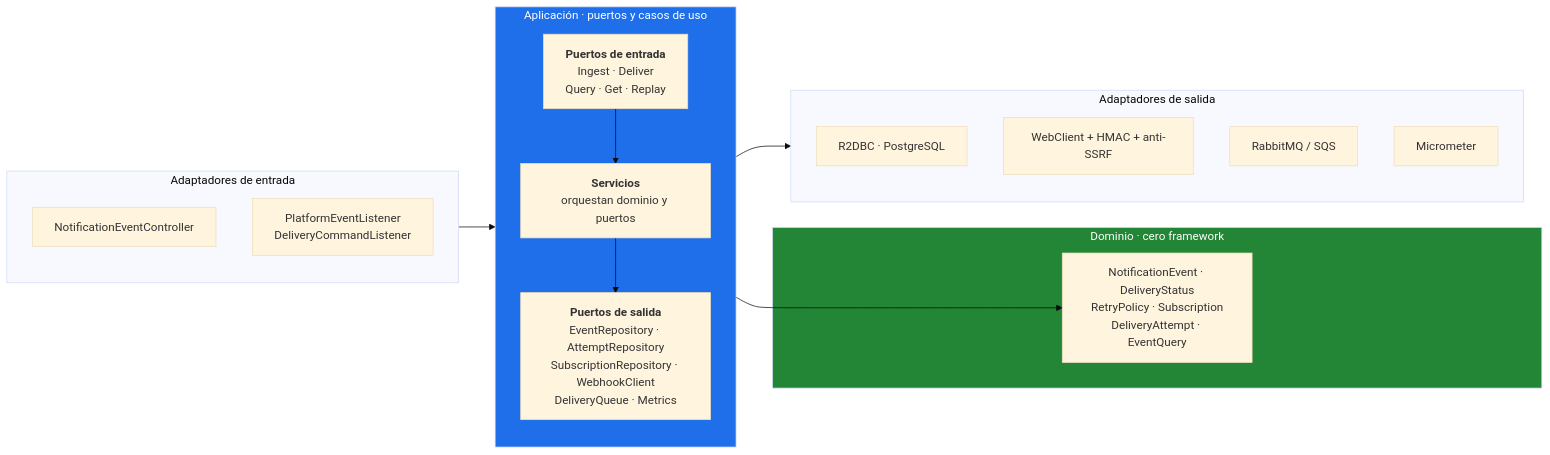
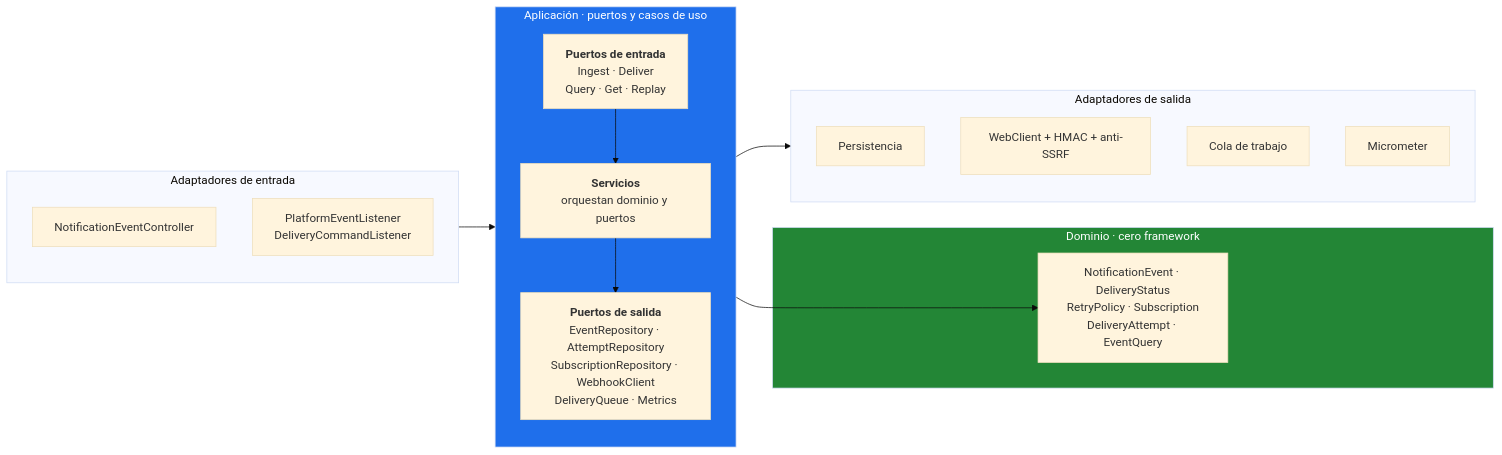
The third of 7 diagrams in docs/01-diseno-del-sistema.md (ssalaza7/cobre-notification-delivery), drawn with Mermaid (base theme) before and after one commit. The commit also changed other lines of this file, not shown here.

````diff
--- a/docs/01-diseno-del-sistema.md
+++ b/docs/01-diseno-del-sistema.md
@@ -106,33 +129,33 @@
 ```mermaid
 flowchart LR
     subgraph in["Adaptadores de entrada"]
         rest["NotificationEventController"]
         amqp["PlatformEventListener<br/>DeliveryCommandListener"]
     end
 
     subgraph app["Aplicación · puertos y casos de uso"]
         direction TB
         pin["<b>Puertos de entrada</b><br/>Ingest · Deliver<br/>Query · Get · Replay"]
         uc["<b>Servicios</b><br/>orquestan dominio y puertos"]
         pout["<b>Puertos de salida</b><br/>EventRepository · AttemptRepository<br/>SubscriptionRepository · WebhookClient<br/>DeliveryQueue · Metrics"]
         pin --> uc --> pout
     end
 
     subgraph dom["Dominio · cero framework"]
         model["NotificationEvent · DeliveryStatus<br/>RetryPolicy · Subscription<br/>DeliveryAttempt · EventQuery"]
     end
 
     subgraph out["Adaptadores de salida"]
-        r2dbc["R2DBC · PostgreSQL"]
+        r2dbc["Persistencia"]
         web["WebClient + HMAC + anti-SSRF"]
-        mq["RabbitMQ / SQS"]
+        mq["Cola de trabajo"]
         met["Micrometer"]
     end
 
     in --> pin
     uc --> model
     pout --> out
 
     style dom fill:#238636,color:#fff
     style app fill:#1f6feb,color:#fff
 ```
````
